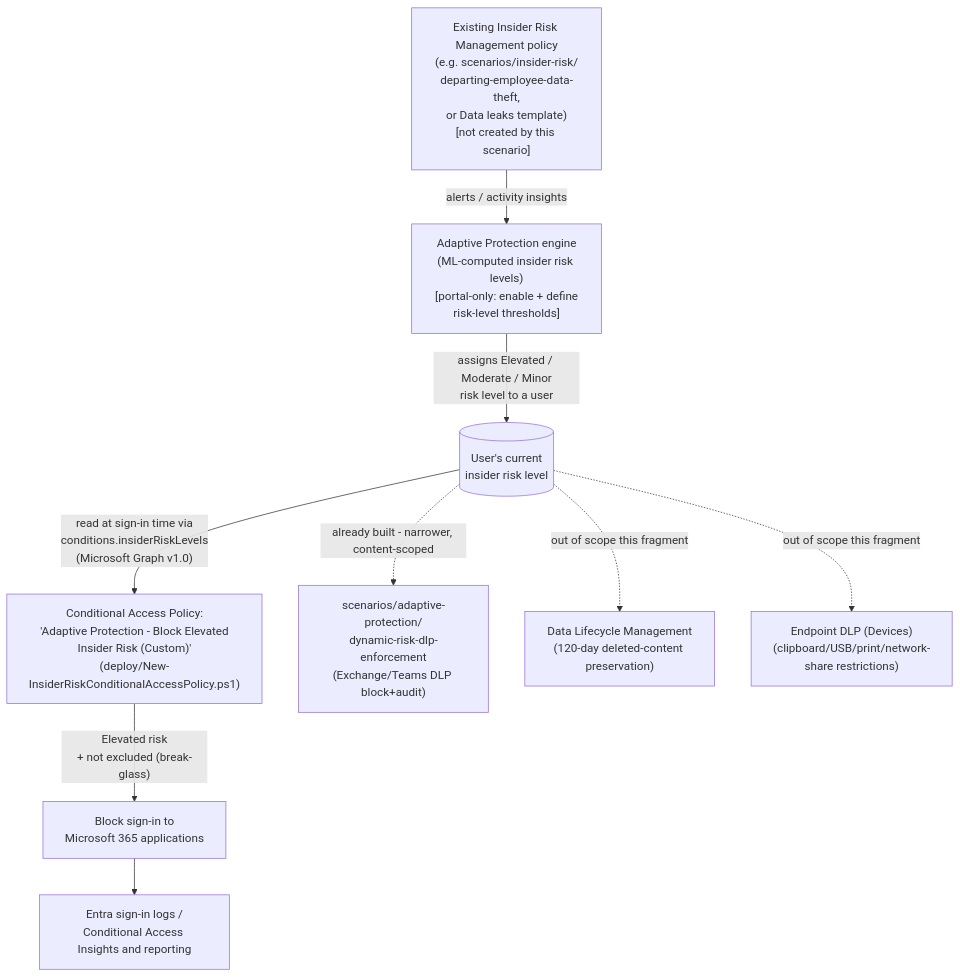
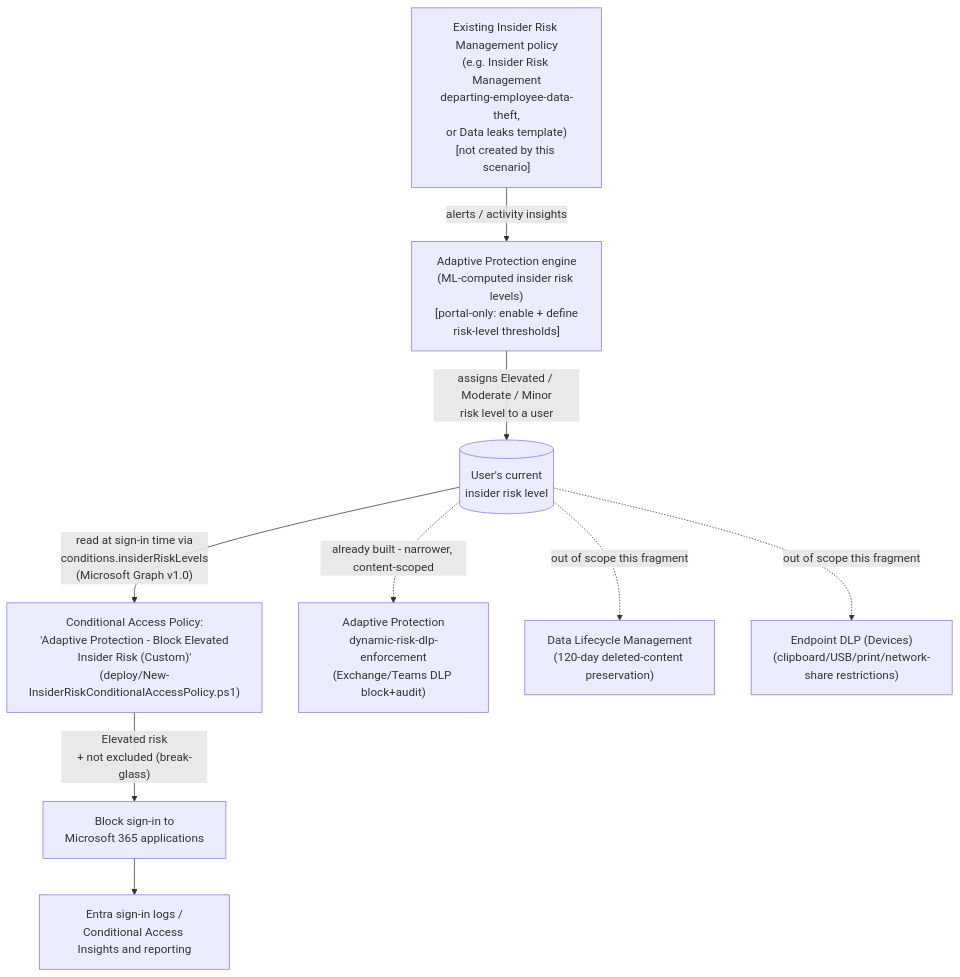
The diagram in src/content/scenarios/adaptive-protection/conditional-access-insider-risk-block.design.md (kpsec1/kpsec1.github.io), drawn with Mermaid before and after one commit. The commit also changed 269 other files, not shown here.

````diff
--- a/src/content/scenarios/adaptive-protection/conditional-access-insider-risk-block.design.md
+++ b/src/content/scenarios/adaptive-protection/conditional-access-insider-risk-block.design.md
@@ -75,11 +75,11 @@
 ```mermaid
 flowchart TD
-    IRM["Existing Insider Risk Management policy\n(e.g. scenarios/insider-risk/\ndeparting-employee-data-theft,\nor Data leaks template)\n[not created by this scenario]"] -->|alerts / activity insights| APEngine["Adaptive Protection engine\n(ML-computed insider risk levels)\n[portal-only: enable + define\nrisk-level thresholds]"]
+    IRM["Existing Insider Risk Management policy\n(e.g. Insider Risk Management\ndeparting-employee-data-theft,\nor Data leaks template)\n[not created by this scenario]"] -->|alerts / activity insights| APEngine["Adaptive Protection engine\n(ML-computed insider risk levels)\n[portal-only: enable + define\nrisk-level thresholds]"]
     APEngine -->|"assigns Elevated / Moderate / Minor\nrisk level to a user"| RiskLevel[("User's current\ninsider risk level")]
     RiskLevel -->|"read at sign-in time via\nconditions.insiderRiskLevels\n(Microsoft Graph v1.0)"| CaPolicy["Conditional Access Policy:\n'Adaptive Protection - Block Elevated\nInsider Risk (Custom)'\n(deploy/New-InsiderRiskConditionalAccessPolicy.ps1)"]
     CaPolicy -->|"Elevated risk\n+ not excluded (break-glass)"| Block["Block sign-in to\nMicrosoft 365 applications"]
     Block --> Reports["Entra sign-in logs /\nConditional Access Insights and reporting"]
-    RiskLevel -.->|"already built - narrower, content-scoped"| DlpSibling["scenarios/adaptive-protection/\ndynamic-risk-dlp-enforcement\n(Exchange/Teams DLP block+audit)"]
+    RiskLevel -.->|"already built - narrower, content-scoped"| DlpSibling["Adaptive Protection\ndynamic-risk-dlp-enforcement\n(Exchange/Teams DLP block+audit)"]
     RiskLevel -.->|"out of scope this fragment"| DLM["Data Lifecycle Management\n(120-day deleted-content preservation)"]
     RiskLevel -.->|"out of scope this fragment"| EDLP["Endpoint DLP (Devices)\n(clipboard/USB/print/network-share restrictions)"]
 ```
````
